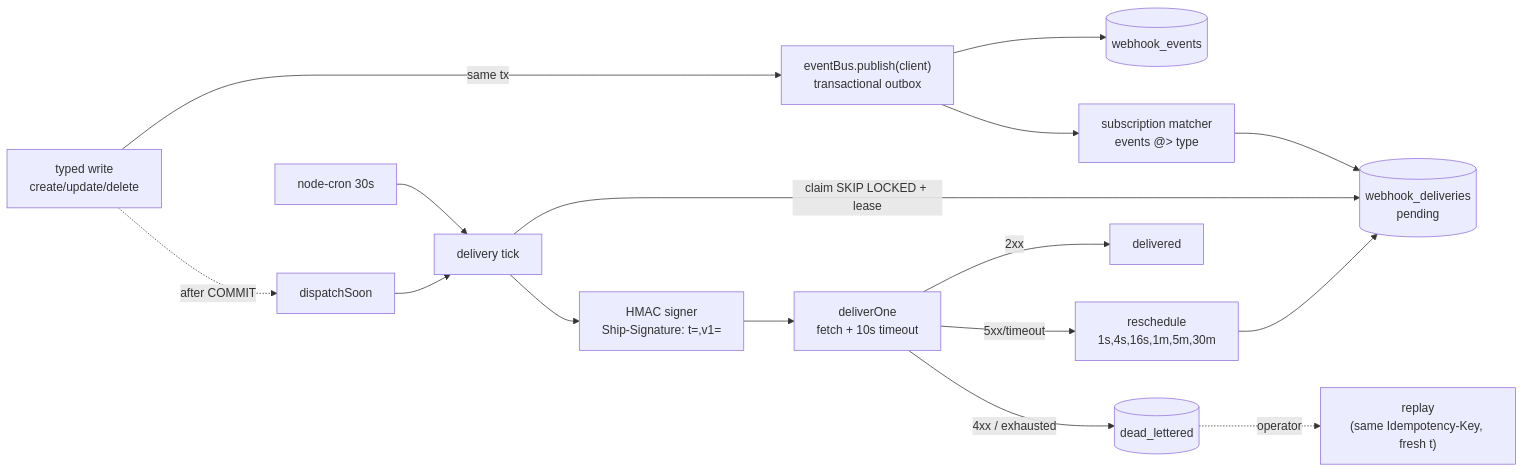
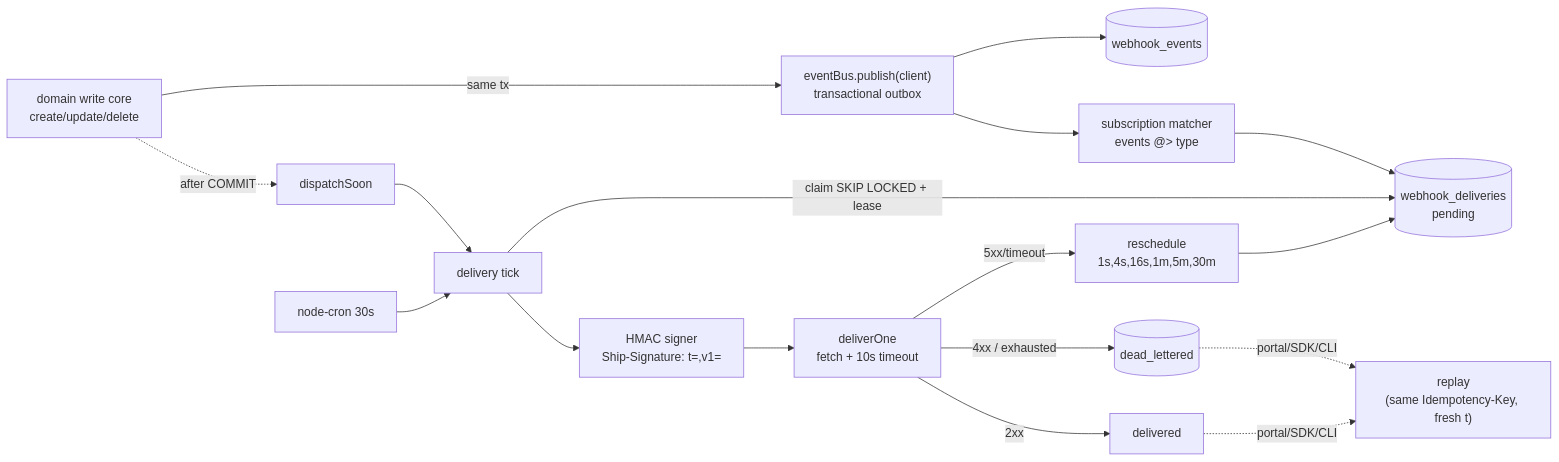
Before and after one commit to ryanjagger/ship: the fourth of 4 diagrams in docs/architecture.md, drawn with Mermaid. The commit also changed other lines of this file and 5 other files, not shown here.

````diff
--- a/docs/architecture.md
+++ b/docs/architecture.md
@@ -320,18 +409,18 @@
 ```mermaid
 flowchart LR
-    W[typed write\ncreate/update/delete] -->|same tx| EB["eventBus.publish(client)\ntransactional outbox"]
+    W[domain write core\ncreate/update/delete] -->|same tx| EB["eventBus.publish(client)\ntransactional outbox"]
     EB --> WE[(webhook_events)]
     EB --> M[subscription matcher\nevents @> type]
     M --> WD[(webhook_deliveries\npending)]
     W -. after COMMIT .-> DS[dispatchSoon]
     DS --> T[delivery tick]
     CR[node-cron 30s] --> T
     T -->|claim SKIP LOCKED + lease| WD
     T --> S["HMAC signer\nShip-Signature: t=,v1="]
     S --> D["deliverOne\nfetch + 10s timeout"]
     D -->|2xx| OK[delivered]
     D -->|5xx/timeout| R[reschedule\n1s,4s,16s,1m,5m,30m]
     D -->|4xx / exhausted| DLQ[(dead_lettered)]
     R --> WD
-    DLQ -. operator .-> RP["replay\n(same Idempotency-Key, fresh t)"]
+    DLQ & OK -. portal/SDK/CLI .-> RP["replay\n(same Idempotency-Key, fresh t)"]
 ```
````
